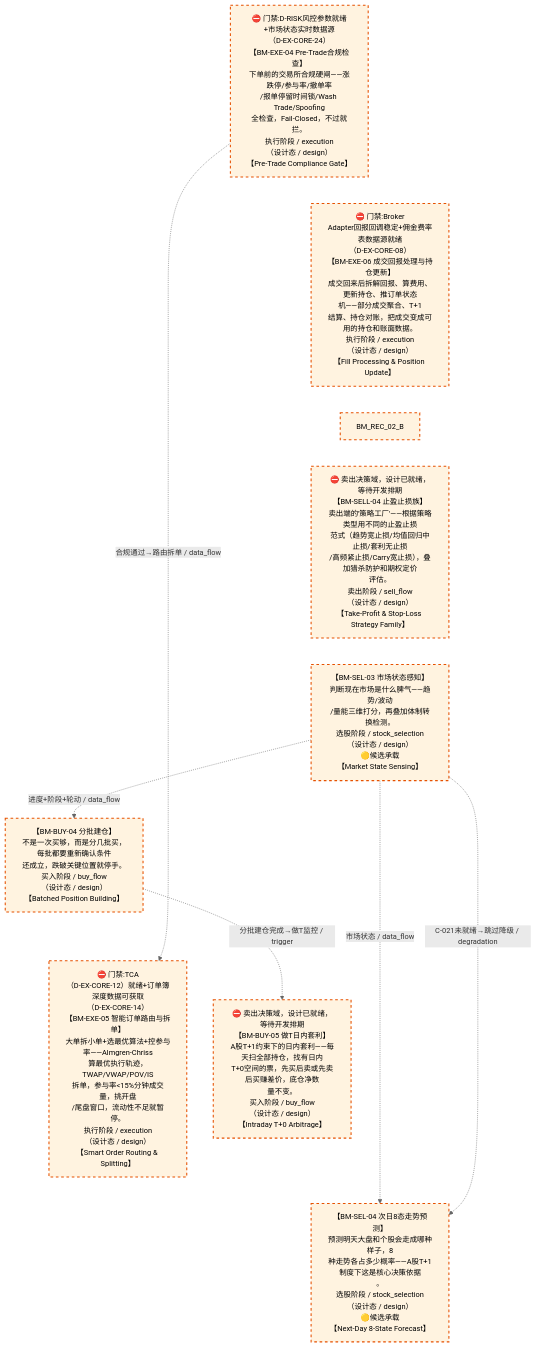
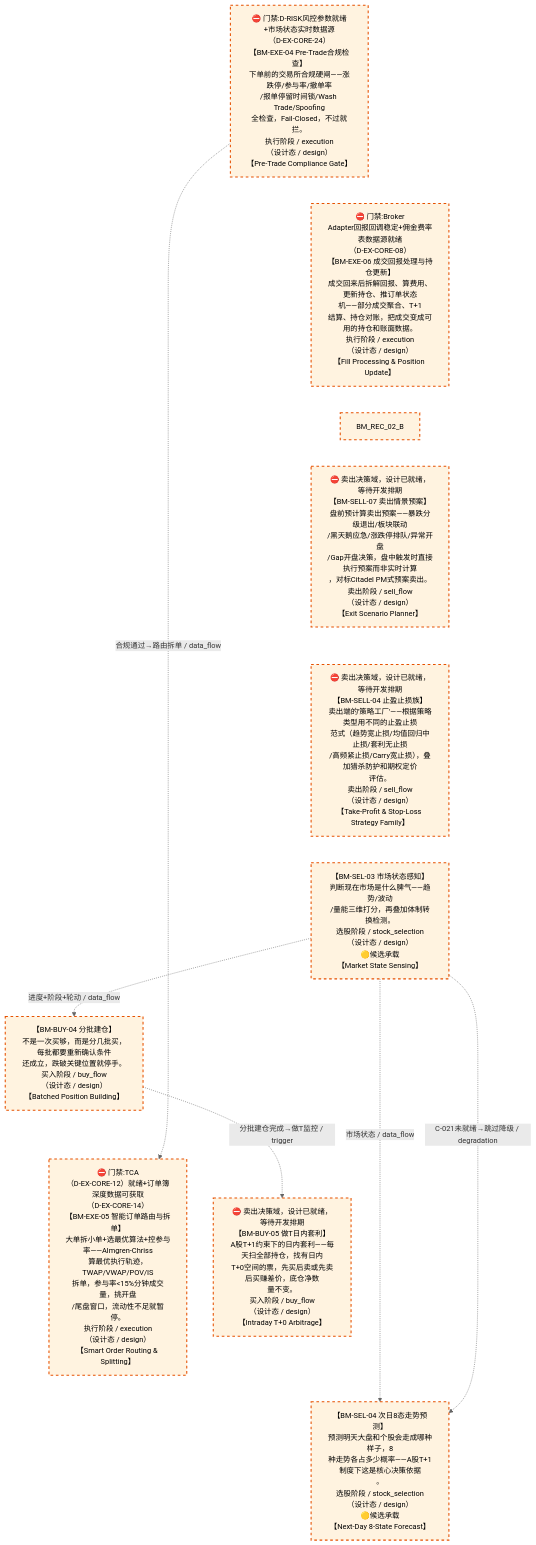
One commit to xuanFelixVan/ZephyrAlpha changed the fourth of 4 diagrams in docs/02_enterprise_architecture/07_trading_decision_architecture/battle_map/battle_map_panorama.md. Above: the diagram before and after it, drawn with Mermaid. The commit also changed other lines of this file and 1 other file, not shown here.

First line of the commit message:
feat(battle_map): 仓位阶段扩展 5 环节（依赖图 D-POSITION 已建模块补全）

````diff
--- a/docs/02_enterprise_architecture/07_trading_decision_architecture/battle_map/battle_map_panorama.md
+++ b/docs/02_enterprise_architecture/07_trading_decision_architecture/battle_map/battle_map_panorama.md
@@ -392,26 +394,27 @@
 ```mermaid
 %%{init: {'theme': 'base', 'themeVariables': {'primaryColor': '#eaeaea', 'primaryTextColor': '#333333', 'primaryBorderColor': '#666666', 'lineColor': '#666666', 'secondaryColor': '#eaeaea', 'tertiaryColor': '#eaeaea', 'clusterBkg': 'transparent', 'clusterBorder': 'transparent', 'fontSize': '14px'}}}%%
 %% 作战地图·设计态
 flowchart TD
     BM_EXE_04["⛔ 门禁:D-RISK风控参数就绪+市场状态实时数据源<br/>（D-EX-CORE-24）<br/>【BM-EXE-04 Pre-Trade合规检查】<br/>下单前的交易所合规硬闸——涨跌停/参与率/撤单率<br/>/报单停留时间锁/Wash Trade/Spoofing<br/>全检查，Fail-Closed，不过就拦。<br/>执行阶段 / execution<br/>（设计态 / design）<br/>【Pre-Trade Compliance Gate】"]
+    BM_SELL_07["⛔ 卖出决策域，设计已就绪，等待开发排期<br/>【BM-SELL-07 卖出情景预案】<br/>盘前预计算卖出预案——暴跌分级退出/板块联动<br/>/黑天鹅应急/涨跌停排队/异常开盘<br/>/Gap开盘决策，盘中触发时直接执行预案而非实时计算<br/>，对标Citadel PM式预案卖出。<br/>卖出阶段 / sell_flow<br/>（设计态 / design）<br/>【Exit Scenario Planner】"]
     BM_EXE_05["⛔ 门禁:TCA<br/>（D-EX-CORE-12）就绪+订单簿深度数据可获取<br/>（D-EX-CORE-14）<br/>【BM-EXE-05 智能订单路由与拆单】<br/>大单拆小单+选最优算法+控参与率——Almgren-Chriss<br/>算最优执行轨迹，TWAP/VWAP/POV/IS<br/>拆单，参与率&lt;15%分钟成交量，挑开盘<br/>/尾盘窗口，流动性不足就暂停。<br/>执行阶段 / execution<br/>（设计态 / design）<br/>【Smart Order Routing &amp; Splitting】"]
+    BM_SELL_04["⛔ 卖出决策域，设计已就绪，等待开发排期<br/>【BM-SELL-04 止盈止损族】<br/>卖出端的'策略工厂'——根据策略类型用不同的止盈止损<br/>范式（趋势宽止损/均值回归中止损/套利无止损<br/>/高频紧止损/Carry宽止损），叠加猎杀防护和期权定价<br/>评估。<br/>卖出阶段 / sell_flow<br/>（设计态 / design）<br/>【Take-Profit &amp; Stop-Loss Strategy Family】"]
     BM_SEL_03["【BM-SEL-03 市场状态感知】<br/>判断现在市场是什么脾气——趋势/波动<br/>/量能三维打分，再叠加体制转换检测。<br/>选股阶段 / stock_selection<br/>（设计态 / design）<br/>🟡候选承载<br/>【Market State Sensing】"]
     BM_BUY_04["【BM-BUY-04 分批建仓】<br/>不是一次买够，而是分几批买，每批都要重新确认条件<br/>还成立，跌破关键位置就停手。<br/>买入阶段 / buy_flow<br/>（设计态 / design）<br/>【Batched Position Building】"]
-    BM_SELL_04["⛔ 卖出决策域，设计已就绪，等待开发排期<br/>【BM-SELL-04 止盈止损族】<br/>卖出端的'策略工厂'——根据策略类型用不同的止盈止损<br/>范式（趋势宽止损/均值回归中止损/套利无止损<br/>/高频紧止损/Carry宽止损），叠加猎杀防护和期权定价<br/>评估。<br/>卖出阶段 / sell_flow<br/>（设计态 / design）<br/>【Take-Profit &amp; Stop-Loss Strategy Family】"]
     BM_SEL_04["【BM-SEL-04 次日8态走势预测】<br/>预测明天大盘和个股会走成哪种样子，8<br/>种走势各占多少概率——A股T+1制度下这是核心决策依据<br/>。<br/>选股阶段 / stock_selection<br/>（设计态 / design）<br/>🟡候选承载<br/>【Next-Day 8-State Forecast】"]
     BM_BUY_05["⛔ 卖出决策域，设计已就绪，等待开发排期<br/>【BM-BUY-05 做T日内套利】<br/>A股T+1约束下的日内套利——每天扫全部持仓，找有日内<br/>T+0空间的票，先买后卖或先卖后买赚差价，底仓净数<br/>量不变。<br/>买入阶段 / buy_flow<br/>（设计态 / design）<br/>【Intraday T+0 Arbitrage】"]
     BM_EXE_06["⛔ 门禁:Broker<br/>Adapter回报回调稳定+佣金费率表数据源就绪<br/>（D-EX-CORE-08）<br/>【BM-EXE-06 成交回报处理与持仓更新】<br/>成交回来后拆解回报、算费用、更新持仓、推订单状态<br/>机——部分成交聚合、T+1<br/>结算、持仓对账，把成交变成可用的持仓和账面数据。<br/>执行阶段 / execution<br/>（设计态 / design）<br/>【Fill Processing &amp; Position Update】"]
-    BM_EXE_04 ~~~ BM_EXE_06 ~~~ BM_REC_02_B ~~~ BM_SELL_04 ~~~ BM_SEL_03
+    BM_EXE_04 ~~~ BM_EXE_06 ~~~ BM_REC_02_B ~~~ BM_SELL_07 ~~~ BM_SELL_04 ~~~ BM_SEL_03
     BM_BUY_04 ~~~ BM_EXE_05 ~~~ BM_SEL_04
     BM_SEL_03 -.->|市场状态 / data_flow| BM_SEL_04
     BM_SEL_03 -.->|进度+阶段+轮动 / data_flow| BM_BUY_04
     BM_SEL_03 -.->|C-021未就绪→跳过降级 / degradation| BM_SEL_04
     BM_BUY_04 -.->|分批建仓完成→做T监控 / trigger| BM_BUY_05
     BM_EXE_04 -.->|合规通过→路由拆单 / data_flow| BM_EXE_05
 classDef production fill:#e1f5fe,stroke:#01579b,stroke-width:2px,color:#000
 classDef design fill:#fff3e0,stroke:#e65100,stroke-width:2px,color:#000,stroke-dasharray: 5 5
 classDef deprecated fill:#ffebee,stroke:#c62828,stroke-width:2px,color:#000
 classDef missing fill:#eeeeee,stroke:#9e9e9e,stroke-width:2px,color:#000
 classDef candidate fill:#fffde7,stroke:#f9a825,stroke-width:2px,color:#000,stroke-dasharray: 5 5
-    class BM_BUY_04,BM_BUY_05,BM_EXE_04,BM_EXE_05,BM_EXE_06,BM_REC_02_B,BM_SELL_04,BM_SEL_03,BM_SEL_04 design
+    class BM_BUY_04,BM_BUY_05,BM_EXE_04,BM_EXE_05,BM_EXE_06,BM_REC_02_B,BM_SELL_07,BM_SELL_04,BM_SEL_03,BM_SEL_04 design
 ```
````
